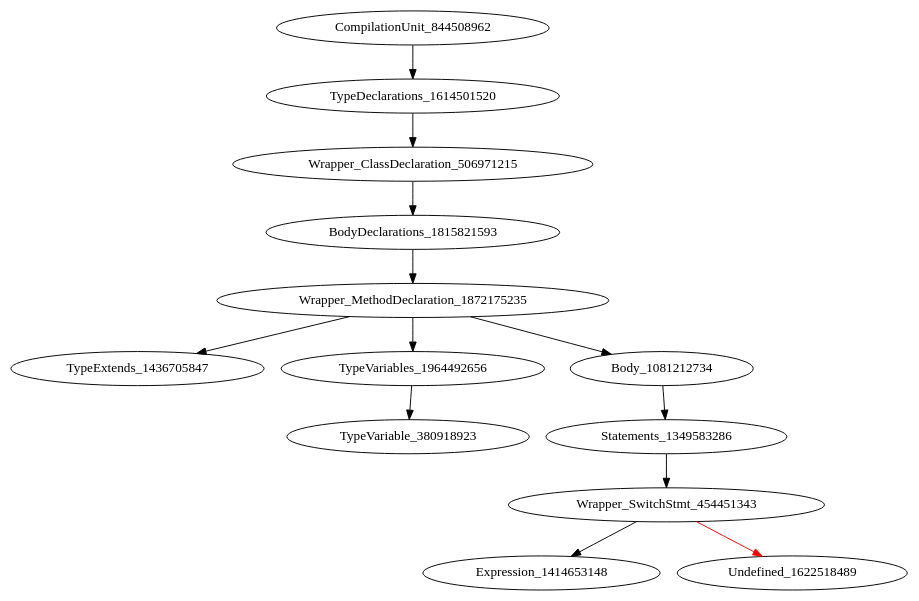
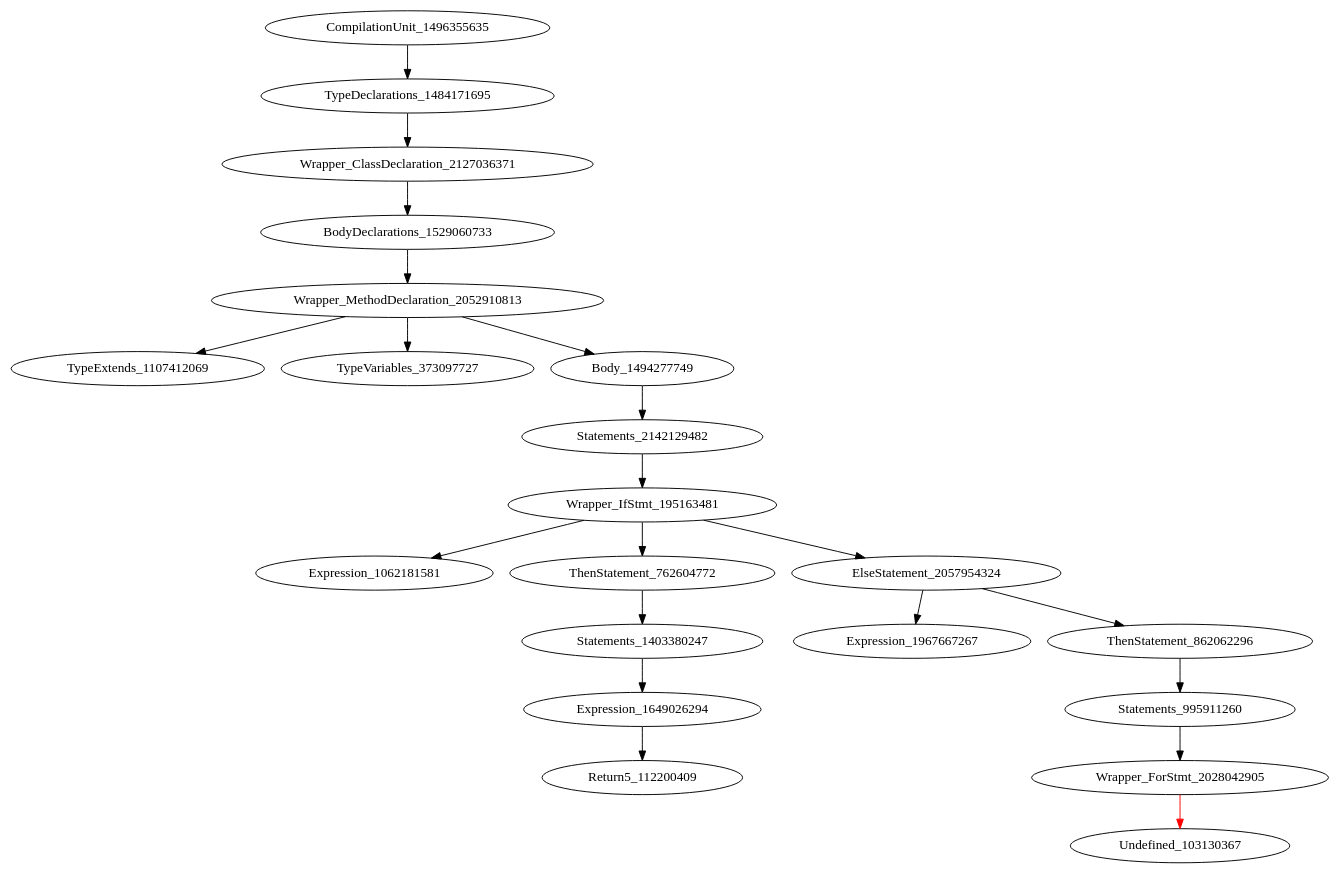
One commit to icse2023material/VoiceJava changed the diagram in holeAST.dot. Above: the diagram before and after it, drawn with Graphviz. The commit also changed 4 other files, not shown here.

```diff
--- a/holeAST.dot
+++ b/holeAST.dot
@@ -1,14 +1,22 @@
 digraph {
-CompilationUnit_844508962 -> TypeDeclarations_1614501520
-TypeDeclarations_1614501520 -> Wrapper_ClassDeclaration_506971215
-Wrapper_ClassDeclaration_506971215 -> BodyDeclarations_1815821593
-BodyDeclarations_1815821593 -> Wrapper_MethodDeclaration_1872175235
-Wrapper_MethodDeclaration_1872175235 -> TypeExtends_1436705847
-Wrapper_MethodDeclaration_1872175235 -> TypeVariables_1964492656
-Wrapper_MethodDeclaration_1872175235 -> Body_1081212734
-TypeVariables_1964492656 -> TypeVariable_380918923
-Body_1081212734 -> Statements_1349583286
-Statements_1349583286 -> Wrapper_SwitchStmt_454451343
-Wrapper_SwitchStmt_454451343 -> Expression_1414653148
-Wrapper_SwitchStmt_454451343 -> Undefined_1622518489 [color = red] 
+CompilationUnit_1496355635 -> TypeDeclarations_1484171695
+TypeDeclarations_1484171695 -> Wrapper_ClassDeclaration_2127036371
+Wrapper_ClassDeclaration_2127036371 -> BodyDeclarations_1529060733
+BodyDeclarations_1529060733 -> Wrapper_MethodDeclaration_2052910813
+Wrapper_MethodDeclaration_2052910813 -> TypeExtends_1107412069
+Wrapper_MethodDeclaration_2052910813 -> TypeVariables_373097727
+Wrapper_MethodDeclaration_2052910813 -> Body_1494277749
+Body_1494277749 -> Statements_2142129482
+Statements_2142129482 -> Wrapper_IfStmt_195163481
+Wrapper_IfStmt_195163481 -> Expression_1062181581
+Wrapper_IfStmt_195163481 -> ThenStatement_762604772
+Wrapper_IfStmt_195163481 -> ElseStatement_2057954324
+ThenStatement_762604772 -> Statements_1403380247
+ElseStatement_2057954324 -> Expression_1967667267
+ElseStatement_2057954324 -> ThenStatement_862062296
+Statements_1403380247 -> Expression_1649026294
+ThenStatement_862062296 -> Statements_995911260
+Expression_1649026294 -> Return5_112200409
+Statements_995911260 -> Wrapper_ForStmt_2028042905
+Wrapper_ForStmt_2028042905 -> Undefined_103130367 [color = red] 
 }
```
